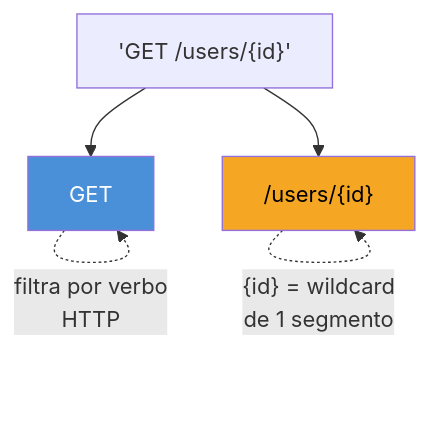
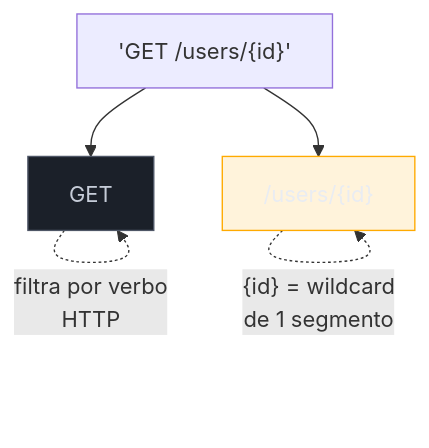
The second of 2 diagrams in 03-Dominios/Tecnologia/Go/10 - HTTP e frameworks web/02 - Roteamento.md (josenaldo/codex-technomanticus), drawn with Mermaid before and after one commit. The commit also changed other lines of this file and 1181 other files, not shown here.

First line of the commit message:
fix(diagramas): paleta do sistema no lugar de cor cravada no markdown

````diff
--- a/03-Dominios/Tecnologia/Go/10 - HTTP e frameworks web/02 - Roteamento.md
+++ b/03-Dominios/Tecnologia/Go/10 - HTTP e frameworks web/02 - Roteamento.md
@@ -93,10 +95,12 @@
 ```mermaid
 flowchart TB
+    classDef neutro fill:#1B2029,stroke:#4E5666,color:#C6CCD8
+    classDef destaque fill:#FFAA0024,stroke:#FFAA00,color:#E9ECF2
     P["'GET /users/{id}'"] --> M["GET"]
     P --> Path["/users/{id}"]
     M -.->|"filtra por verbo\nHTTP"| M
     Path -.->|"{id} = wildcard\nde 1 segmento"| Path
 
-    style M fill:#4A90D9,color:#fff
-    style Path fill:#F5A623,color:#000
+    class M neutro
+    class Path destaque
 ```
````
